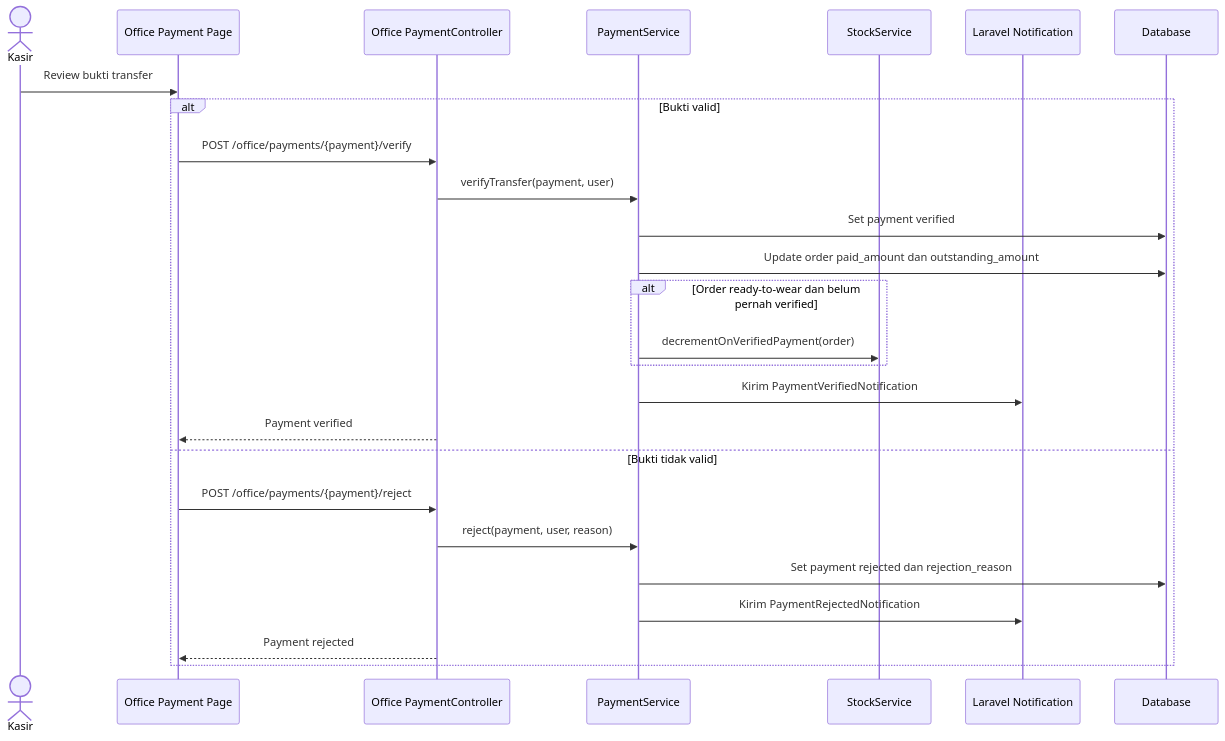
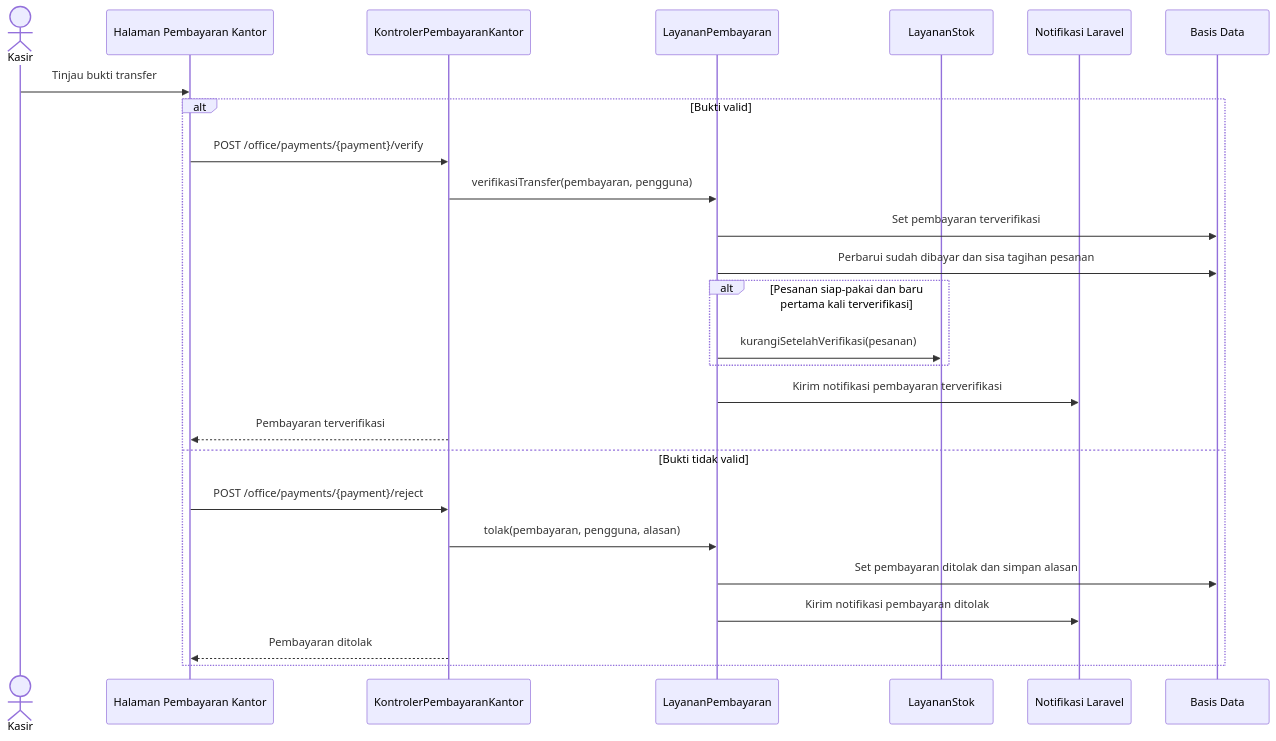
One commit to nabiilnuryassar/djaitin changed the ninth of 13 diagrams in docs/MVP-APP-UML-AND-USE-CASES.md. Above: the diagram before and after it, drawn with Mermaid. The commit also changed other lines of this file, not shown here.

Commit message:
update: UML

````diff
--- a/docs/MVP-APP-UML-AND-USE-CASES.md
+++ b/docs/MVP-APP-UML-AND-USE-CASES.md
@@ -604,29 +727,29 @@
 ```mermaid
 sequenceDiagram
     actor Kasir
-    participant UI as Office Payment Page
-    participant Controller as Office PaymentController
-    participant PaymentService
-    participant StockService
-    participant Notification as Laravel Notification
-    participant DB as Database
+    participant UI as Halaman Pembayaran Kantor
+    participant Kontroler as KontrolerPembayaranKantor
+    participant LayananPembayaran
+    participant LayananStok
+    participant Notifikasi as Notifikasi Laravel
+    participant DB as Basis Data
 
-    Kasir->>UI: Review bukti transfer
+    Kasir->>UI: Tinjau bukti transfer
     alt Bukti valid
-        UI->>Controller: POST /office/payments/{payment}/verify
-        Controller->>PaymentService: verifyTransfer(payment, user)
-        PaymentService->>DB: Set payment verified
-        PaymentService->>DB: Update order paid_amount dan outstanding_amount
-        alt Order ready-to-wear dan belum pernah verified
-            PaymentService->>StockService: decrementOnVerifiedPayment(order)
+        UI->>Kontroler: POST /office/payments/{payment}/verify
+        Kontroler->>LayananPembayaran: verifikasiTransfer(pembayaran, pengguna)
+        LayananPembayaran->>DB: Set pembayaran terverifikasi
+        LayananPembayaran->>DB: Perbarui sudah dibayar dan sisa tagihan pesanan
+        alt Pesanan siap-pakai dan baru pertama kali terverifikasi
+            LayananPembayaran->>LayananStok: kurangiSetelahVerifikasi(pesanan)
         end
-        PaymentService->>Notification: Kirim PaymentVerifiedNotification
-        Controller-->>UI: Payment verified
+        LayananPembayaran->>Notifikasi: Kirim notifikasi pembayaran terverifikasi
+        Kontroler-->>UI: Pembayaran terverifikasi
     else Bukti tidak valid
-        UI->>Controller: POST /office/payments/{payment}/reject
-        Controller->>PaymentService: reject(payment, user, reason)
-        PaymentService->>DB: Set payment rejected dan rejection_reason
-        PaymentService->>Notification: Kirim PaymentRejectedNotification
-        Controller-->>UI: Payment rejected
+        UI->>Kontroler: POST /office/payments/{payment}/reject
+        Kontroler->>LayananPembayaran: tolak(pembayaran, pengguna, alasan)
+        LayananPembayaran->>DB: Set pembayaran ditolak dan simpan alasan
+        LayananPembayaran->>Notifikasi: Kirim notifikasi pembayaran ditolak
+        Kontroler-->>UI: Pembayaran ditolak
     end
 ```
````
